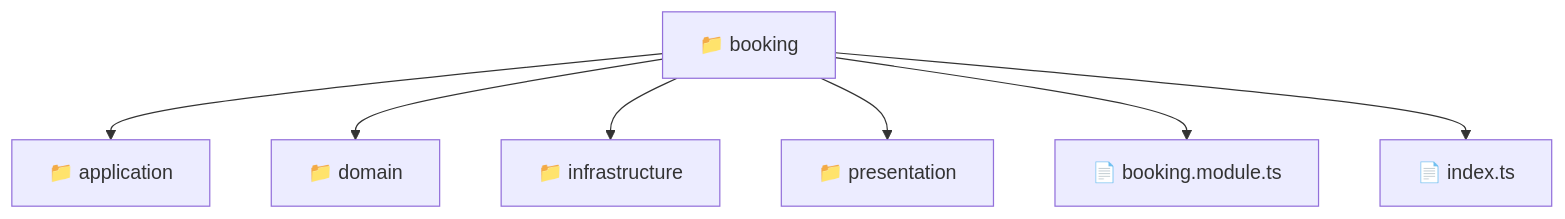
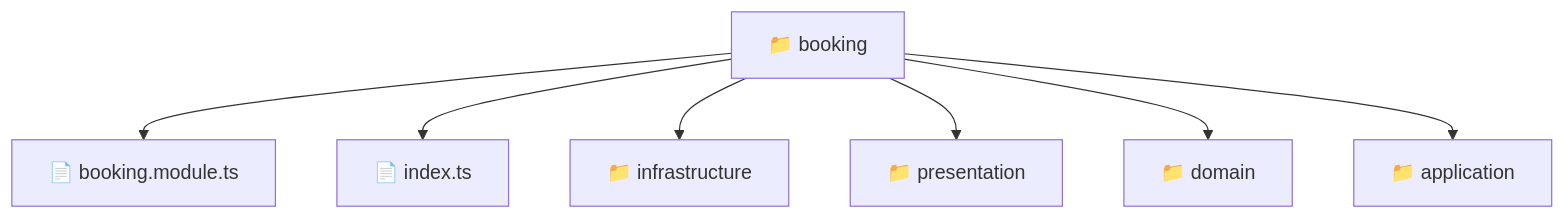
One commit to beginwebdev2002/fullstack-mavluda changed the diagram in backend/src/modules/booking/README.md. Above: the diagram before and after it, drawn with Mermaid. The commit also changed other lines of this file and 164 other files, not shown here.

First line of the commit message:
docs: generate robust autonomous architectural documentation

````diff
--- a/backend/src/modules/booking/README.md
+++ b/backend/src/modules/booking/README.md
@@ -9,10 +11,10 @@
 ```mermaid
 graph TD
-  Root["📁 booking"]
-  Root --> application["📁 application"]
-  Root --> domain["📁 domain"]
-  Root --> infrastructure["📁 infrastructure"]
-  Root --> presentation["📁 presentation"]
-  Root --> booking_module_ts["📄 booking.module.ts"]
-  Root --> index_ts["📄 index.ts"]
+    f_booking["📁 booking"]
+    f_booking --> f_booking_module_ts["📄 booking.module.ts"]
+    f_booking --> f_index_ts["📄 index.ts"]
+    f_booking --> f_infrastructure["📁 infrastructure"]
+    f_booking --> f_presentation["📁 presentation"]
+    f_booking --> f_domain["📁 domain"]
+    f_booking --> f_application["📁 application"]
 ```
````
